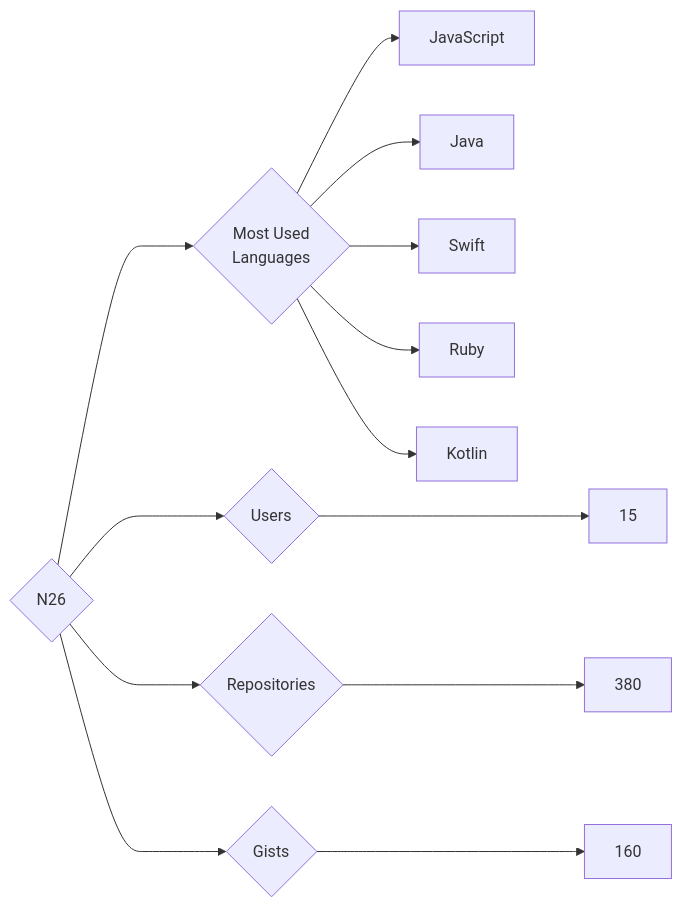
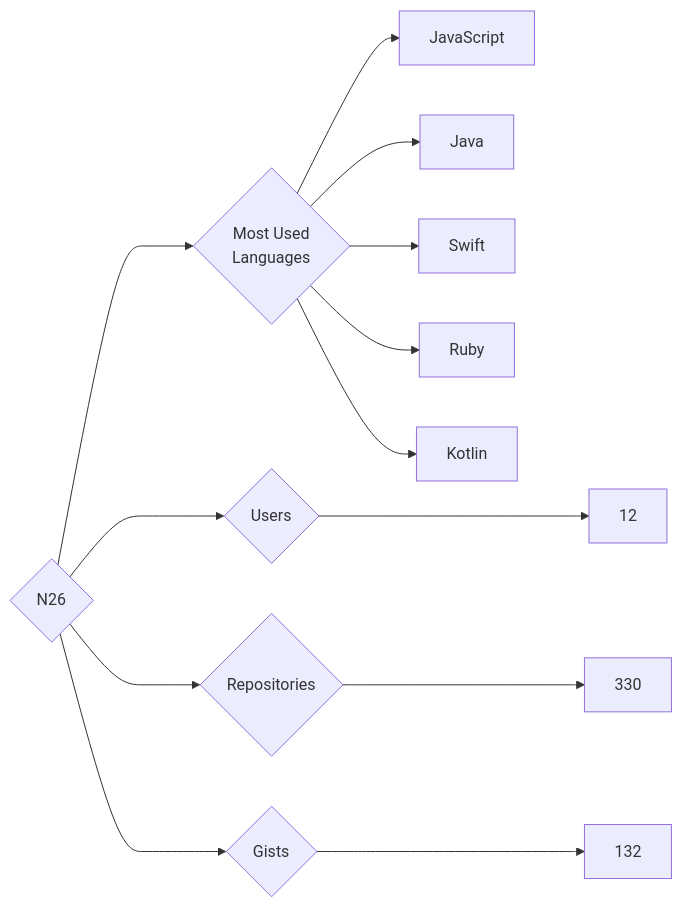
One commit to trickest/insiders changed the diagram in targets/N26/README.md. Above: the diagram before and after it, drawn with Mermaid. The commit also changed 1484 other files, not shown here.

````diff
--- a/targets/N26/README.md
+++ b/targets/N26/README.md
@@ -3,13 +3,13 @@
 ```mermaid
 graph LR
 COMPANY_NAME{N26}
-COMPANY_NAME ---> U{Users} ---> UN[15]
-COMPANY_NAME ---> R{Repositories} ---> RN[380]
-COMPANY_NAME ---> G{Gists} ---> GN[160]
+COMPANY_NAME ---> U{Users} ---> UN[12]
+COMPANY_NAME ---> R{Repositories} ---> RN[330]
+COMPANY_NAME ---> G{Gists} ---> GN[132]
 COMPANY_NAME ---> ML{Most Used<br>Languages}
 ML --> JavaScript[JavaScript]
 ML --> Java[Java]
 ML --> Swift[Swift]
 ML --> Ruby[Ruby]
 ML --> Kotlin[Kotlin]
 ```
````
